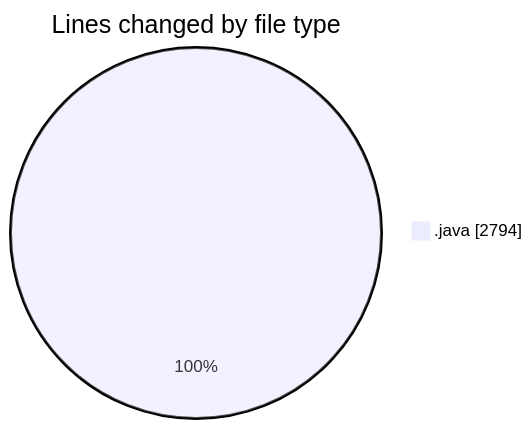
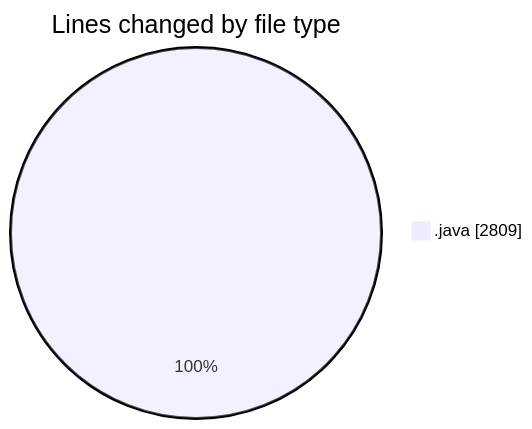
One commit to Elitesun/code-tracking changed the first of 2 diagrams in 2025-02-21/projet/README.md. Above: the diagram before and after it, drawn with Mermaid. The commit also changed other lines of this file and 1 other file, not shown here.

````diff
--- a/2025-02-21/projet/README.md
+++ b/2025-02-21/projet/README.md
@@ -31,5 +31,5 @@
 ```mermaid
 pie showData
 title Lines changed by file type
-".java" : 2794
+".java" : 2809
 ```
````
